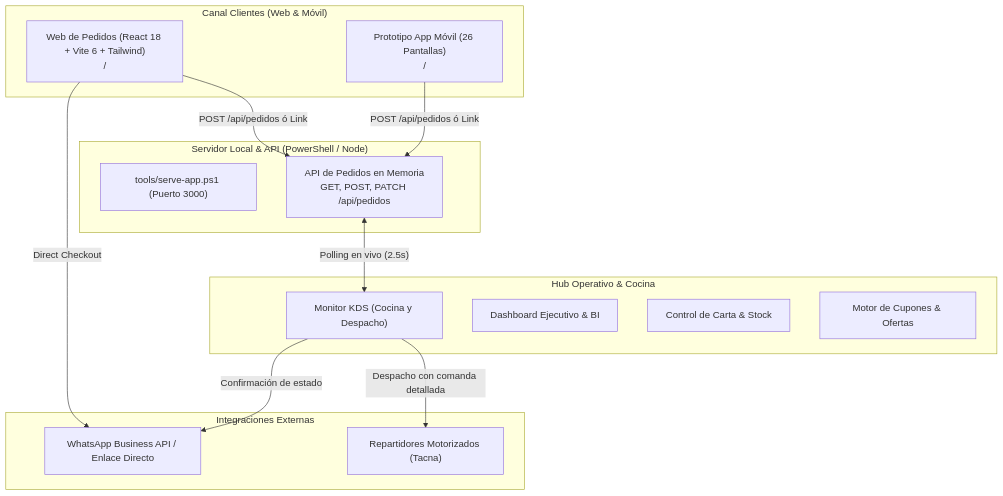
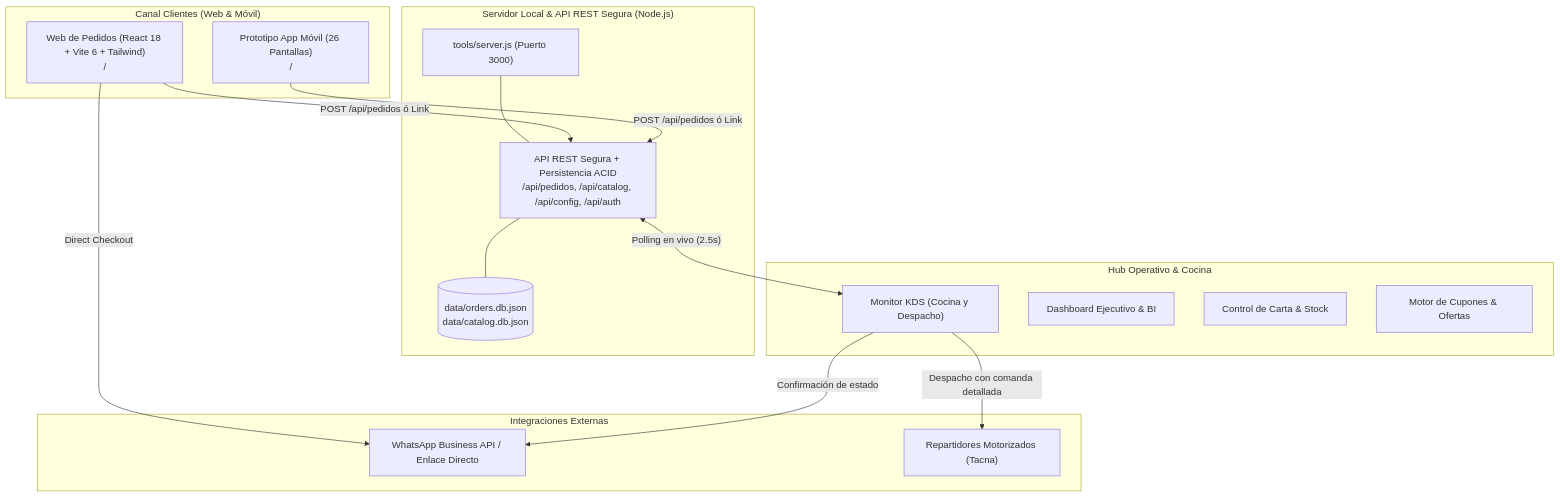
Before and after one commit to manuelandredp-gif/RETEQUE-OS: the first of 2 diagrams in documentacion/ARQUITECTURA_Y_SISTEMA.md, drawn with Mermaid. The commit also changed other lines of this file and 38 other files, not shown here.

````diff
--- a/documentacion/ARQUITECTURA_Y_SISTEMA.md
+++ b/documentacion/ARQUITECTURA_Y_SISTEMA.md
@@ -11,31 +11,34 @@
 ```mermaid
 graph TD
     subgraph CLIENTES ["Canal Clientes (Web & Móvil)"]
         WEB["Web de Pedidos (React 18 + Vite 6 + Tailwind)<br/>/"]
         APP["Prototipo App Móvil (26 Pantallas)<br/>/"]
     end
 
-    subgraph SERVIDOR ["Servidor Local & API (PowerShell / Node)"]
-        SRV["tools/serve-app.ps1 (Puerto 3000)"]
-        API["API de Pedidos en Memoria<br/>GET, POST, PATCH /api/pedidos"]
+    subgraph SERVIDOR ["Servidor Local & API REST Segura (Node.js)"]
+        SRV["tools/server.js (Puerto 3000)"]
+        API["API REST Segura + Persistencia ACID<br/>/api/pedidos, /api/catalog, /api/config, /api/auth"]
+        DB[("data/orders.db.json<br/>data/catalog.db.json")]
+        SRV --- API
+        API --- DB
     end
 
     subgraph OPERACIONES ["Hub Operativo & Cocina"]
         KDS["Monitor KDS (Cocina y Despacho)"]
         DASH["Dashboard Ejecutivo & BI"]
         MENU["Control de Carta & Stock"]
         PROMOS["Motor de Cupones & Ofertas"]
     end
 
     subgraph EXTERNOS ["Integraciones Externas"]
         WSP["WhatsApp Business API / Enlace Directo"]
         DRV["Repartidores Motorizados (Tacna)"]
     end
 
     WEB -->|"POST /api/pedidos ó Link"| API
     APP -->|"POST /api/pedidos ó Link"| API
     WEB -->|"Direct Checkout"| WSP
     API <-->|"Polling en vivo (2.5s)"| KDS
     KDS -->|"Despacho con comanda detallada"| DRV
     KDS -->|"Confirmación de estado"| WSP
 ```
````
